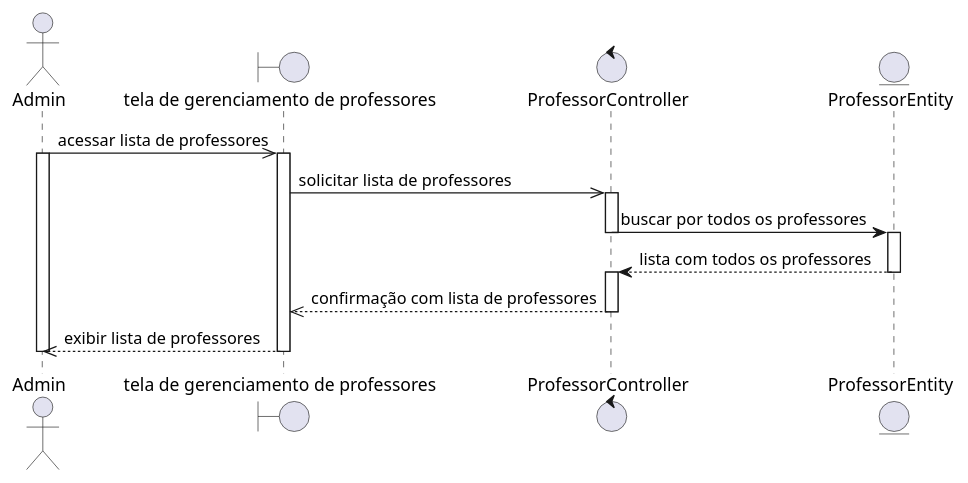
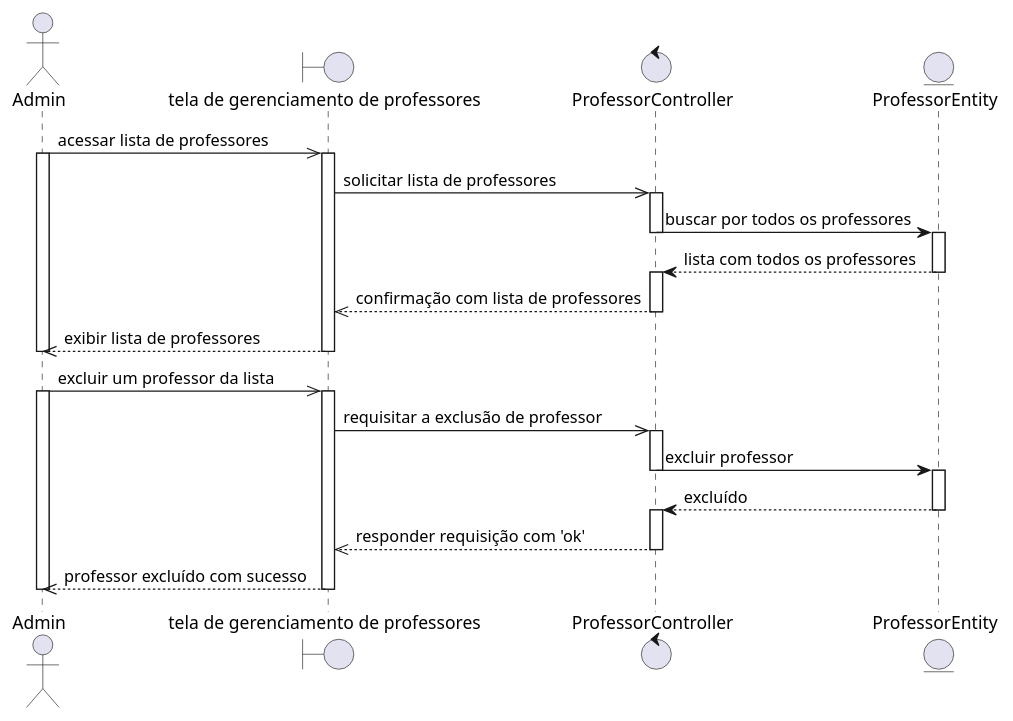
Before and after one commit to rodrigoRolim/CAdiagrams: the diagram in sequence/professor-delete.seq.wsd, drawn with PlantUML.

Commit message:
created sequenc diagram of professor-delete

```diff
--- a/sequence/professor-delete.seq.wsd
+++ b/sequence/professor-delete.seq.wsd
@@ -1,23 +1,40 @@
 @startuml
 actor Admin
 boundary "tela de gerenciamento de professores" as professor
 control ProfessorController 
 entity ProfessorEntity
 
 Admin ->> professor: acessar lista de professores
 activate Admin
 activate professor
 professor ->> ProfessorController: solicitar lista de professores
 activate ProfessorController
 ProfessorController -> ProfessorEntity: buscar por todos os professores
 deactivate ProfessorController
 activate ProfessorEntity
 ProfessorEntity --> ProfessorController: lista com todos os professores
 deactivate ProfessorEntity
 activate ProfessorController
 ProfessorController -->> professor: confirmação com lista de professores
 deactivate ProfessorController
 professor -->> Admin: exibir lista de professores 
 deactivate professor
 deactivate Admin
+
+Admin ->> professor: excluir um professor da lista
+activate Admin
+activate professor
+professor ->> ProfessorController: requisitar a exclusão de professor
+activate ProfessorController
+ProfessorController -> ProfessorEntity: excluir professor
+deactivate ProfessorController
+activate ProfessorEntity
+ProfessorEntity --> ProfessorController: excluído
+deactivate ProfessorEntity
+activate ProfessorController
+ProfessorController -->> professor: responder requisição com 'ok'
+deactivate ProfessorController
+professor -->> Admin: professor excluído com sucesso
+deactivate professor
+deactivate Admin
 @enduml
```
